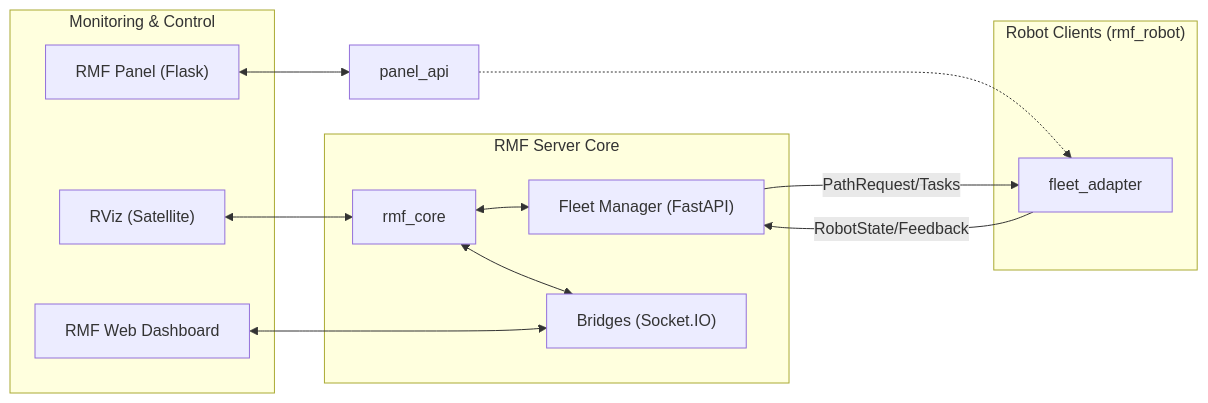
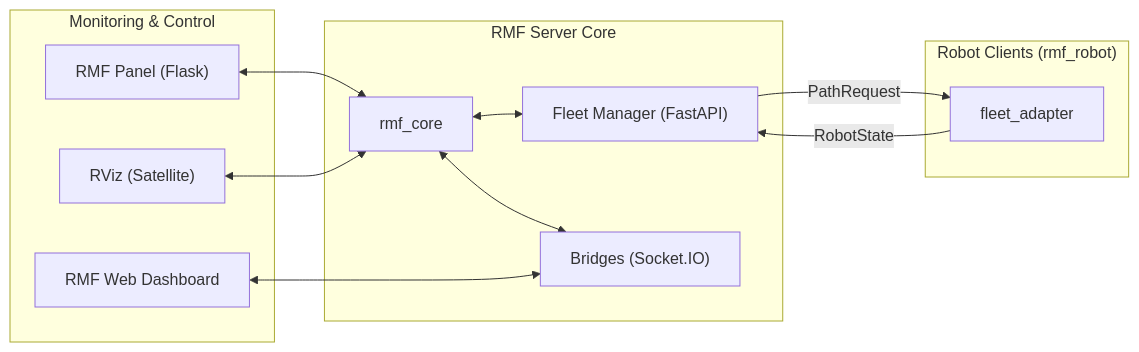
One commit to DeveloperKSH/Open-RMF_Server changed the diagram in README.md. Above: the diagram before and after it, drawn with Mermaid.

Commit message:
md file update

````diff
--- a/README.md
+++ b/README.md
@@ -49,32 +49,34 @@
 ```mermaid
 flowchart LR
+  %% ===== Server Core =====
   subgraph Core["RMF Server Core"]
     rmfcore["rmf_core"]
     fm["Fleet Manager (FastAPI)"]
     bridge["Bridges (Socket.IO)"]
   end
 
+  %% ===== Monitoring & Control =====
   subgraph Mon["Monitoring & Control"]
     dash["RMF Web Dashboard"]
     panel["RMF Panel (Flask)"]
     rviz["RViz (Satellite)"]
   end
 
+  %% ===== Robot Clients =====
   subgraph Clients["Robot Clients (rmf_robot)"]
     adapter["fleet_adapter"]
   end
 
   %% Server internals
   rmfcore <--> fm
   rmfcore <--> bridge
 
-  %% Monitoring paths
-  dash <--> bridge          
-  panel <--> panel_api      
-  panel_api -.-> adapter    
-  rviz <--> rmfcore         
+  %% Monitoring paths (간결/일관)
+  dash <--> bridge        
+  panel <--> rmfcore      
+  rviz <--> rmfcore       
 
   %% Server ↔ Robot
-  fm -- "PathRequest/Tasks" --> adapter
-  adapter -- "RobotState/Feedback" --> fm
+  fm -- "PathRequest" --> adapter
+  adapter -- "RobotState" --> fm
   ```
````
